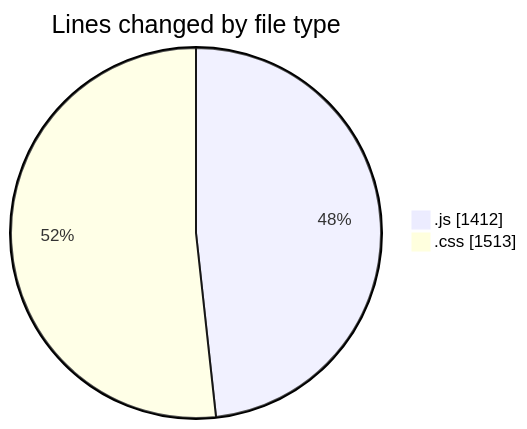
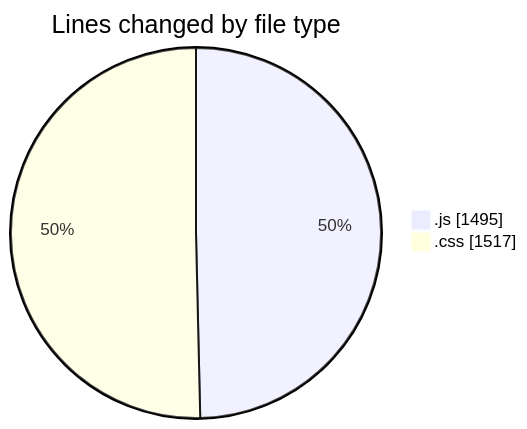
One commit to lephambinh05/code-tracking changed the first of 2 diagrams in 2025-09-03/quytuthien_vn/README.md. Above: the diagram before and after it, drawn with Mermaid. The commit also changed other lines of this file and 1 other file, not shown here.

````diff
--- a/2025-09-03/quytuthien_vn/README.md
+++ b/2025-09-03/quytuthien_vn/README.md
@@ -38,6 +38,6 @@
 ```mermaid
 pie showData
 title Lines changed by file type
-".js" : 1412
-".css" : 1513
+".js" : 1495
+".css" : 1517
 ```
````
